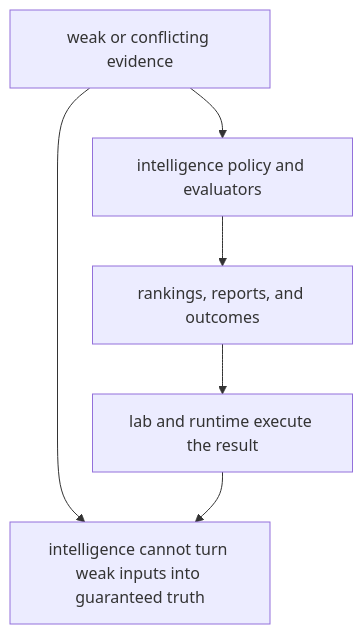
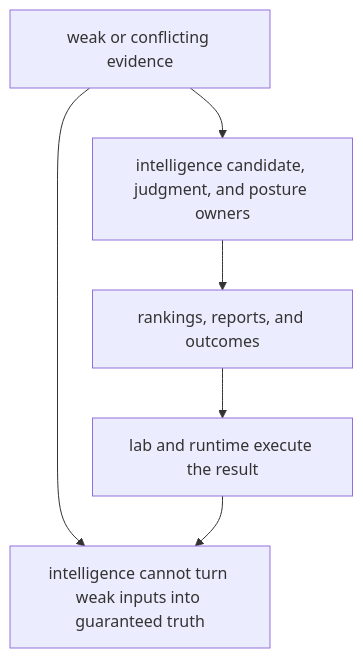
One commit to bijux/bijux-proteomics changed the diagram in docs/05-bijux-proteomics-intelligence/quality/known-limitations.md. Above: the diagram before and after it, drawn with Mermaid. The commit also changed other lines of this file and 35 other files, not shown here.

````diff
--- a/docs/05-bijux-proteomics-intelligence/quality/known-limitations.md
+++ b/docs/05-bijux-proteomics-intelligence/quality/known-limitations.md
@@ -18,14 +18,14 @@
 ```mermaid
 flowchart TB
     evidence["weak or conflicting evidence"]
-    policy["intelligence policy and evaluators"]
+    policy["intelligence candidate, judgment, and posture owners"]
     outputs["rankings, reports, and outcomes"]
     execution["lab and runtime execute the result"]
     limit["intelligence cannot turn weak inputs into guaranteed truth"]
 
     evidence --> policy
     policy --> outputs
     outputs --> execution
     evidence --> limit
     execution --> limit
 ```
````
